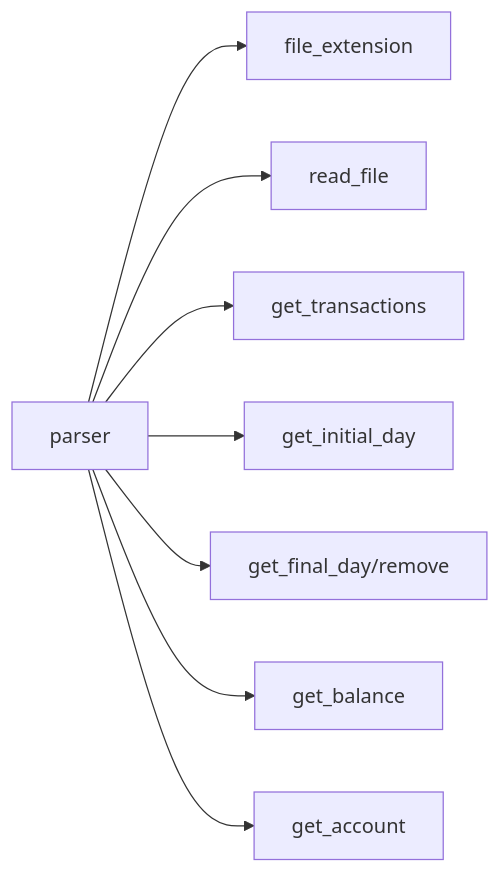
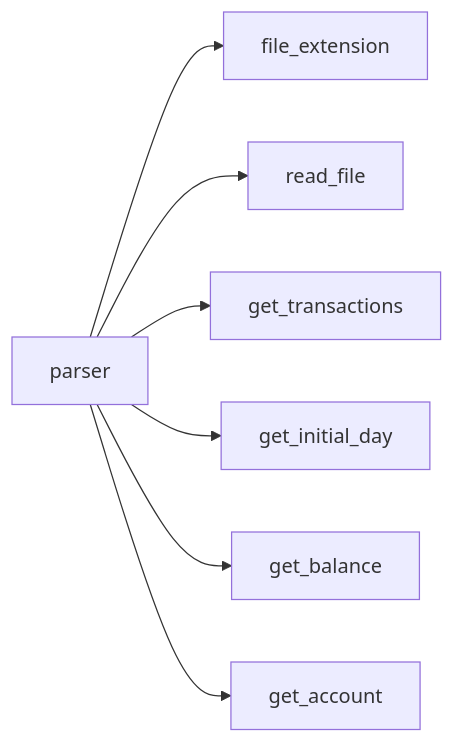
The fourth of 4 diagrams in README.md (josueelias9/improving-BCP-organizate), drawn with Mermaid before and after one commit. The commit also changed 6 other files, not shown here.

Commit message:
refactor: remove unused get_final_day methods from parsers and clean up code

````diff
--- a/README.md
+++ b/README.md
@@ -112,14 +112,13 @@
 ```mermaid
 
 flowchart LR
 
 
 parser --> file_extension
 parser --> read_file
 parser --> get_transactions
 parser --> get_initial_day
-parser --> get_final_day/remove
 parser --> get_balance
 parser --> get_account
 
 ```
````
